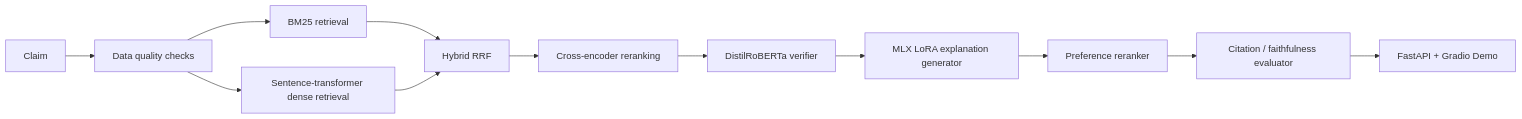
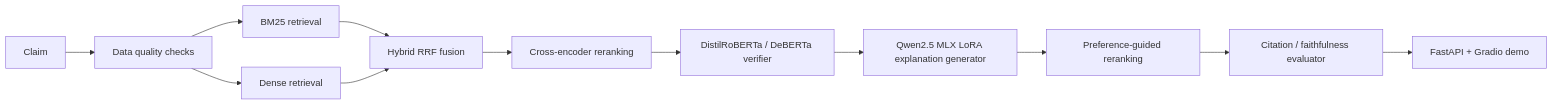
One commit to sushildalavi/veritas changed the diagram in README.md. Above: the diagram before and after it, drawn with Mermaid. The commit also changed other lines of this file, not shown here.

````diff
--- a/README.md
+++ b/README.md
@@ -53,14 +53,14 @@
 ```mermaid
 flowchart LR
-    A[Claim] --> B[Data quality checks]
-    B --> C[BM25 retrieval]
-    B --> D[Sentence-transformer dense retrieval]
-    C --> E[Hybrid RRF]
+    A["Claim"] --> B["Data quality checks"]
+    B --> C["BM25 retrieval"]
+    B --> D["Dense retrieval"]
+    C --> E["Hybrid RRF fusion"]
     D --> E
-    E --> F[Cross-encoder reranking]
-    F --> G[DistilRoBERTa verifier]
-    G --> H[MLX LoRA explanation generator]
-    H --> I[Preference reranker]
-    I --> J[Citation / faithfulness evaluator]
-    J --> K[FastAPI + Gradio Demo]
+    E --> F["Cross-encoder reranking"]
+    F --> G["DistilRoBERTa / DeBERTa verifier"]
+    G --> H["Qwen2.5 MLX LoRA explanation generator"]
+    H --> I["Preference-guided reranking"]
+    I --> J["Citation / faithfulness evaluator"]
+    J --> K["FastAPI + Gradio demo"]
 ```
````
